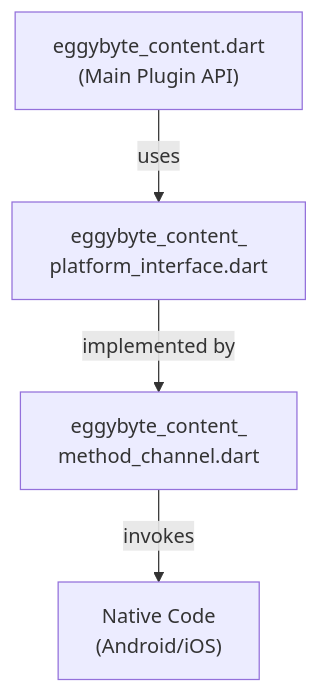
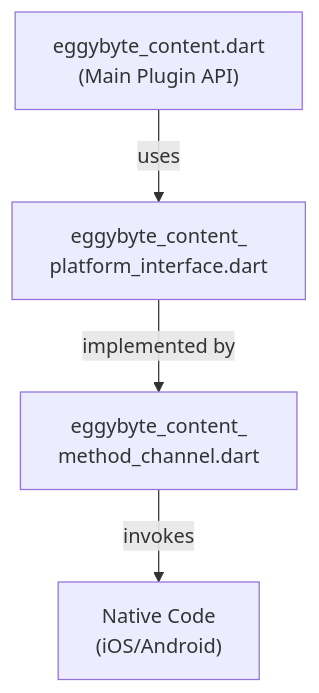
Before and after one commit to eggybyte-technology/flutter-eggybyte-content: the diagram in README.md, drawn with Mermaid. The commit also changed other lines of this file and 32 other files, not shown here.

````diff
--- a/README.md
+++ b/README.md
@@ -31,6 +56,6 @@
 ```mermaid
 graph TD
     A["eggybyte_content.dart<br>(Main Plugin API)"] -->|uses| B["eggybyte_content_<br>platform_interface.dart"]
     B -->|implemented by| C["eggybyte_content_<br>method_channel.dart"]
-    C -->|invokes| D["Native Code<br>(Android/iOS)"]
+    C -->|invokes| D["Native Code<br>(iOS/Android)"]
 ```
````
